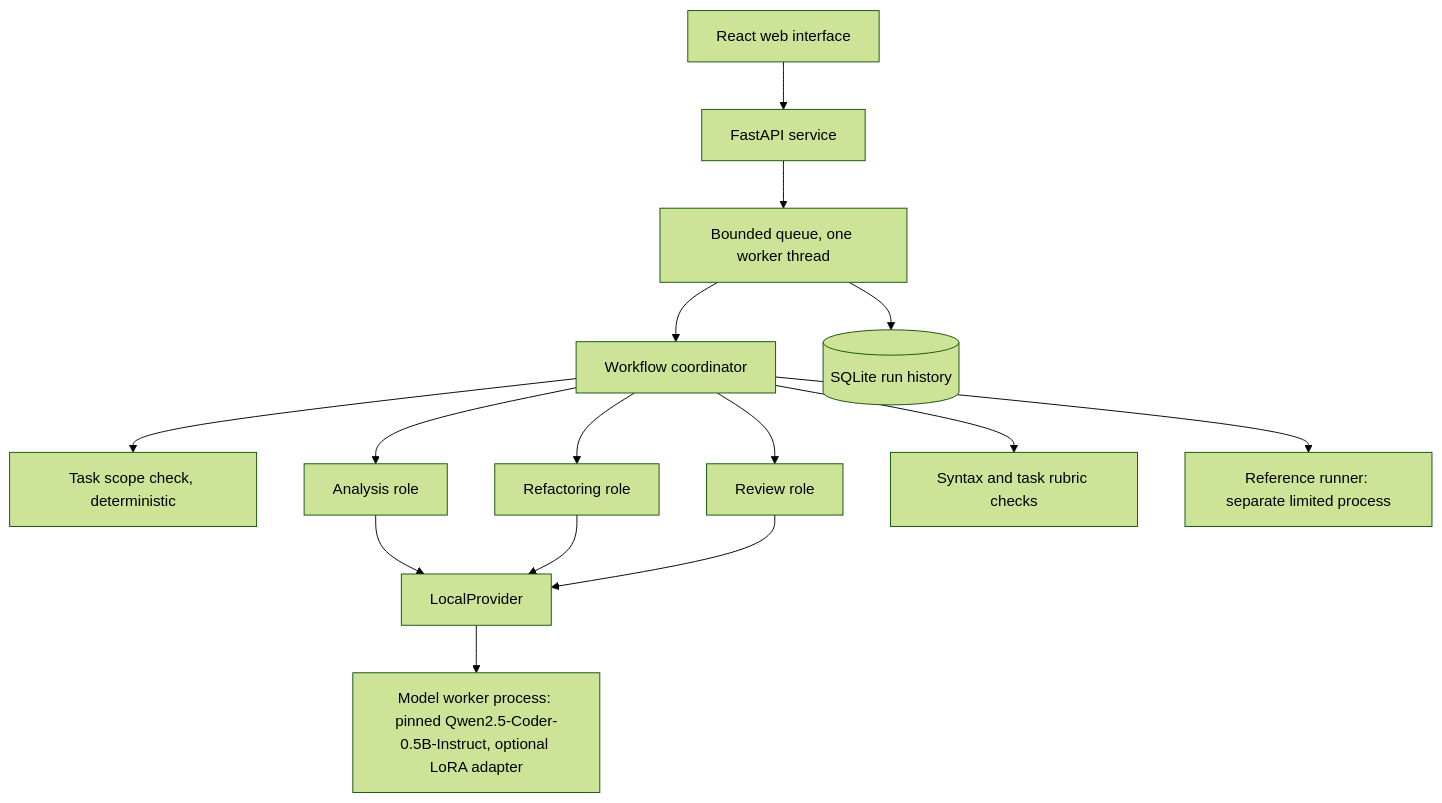
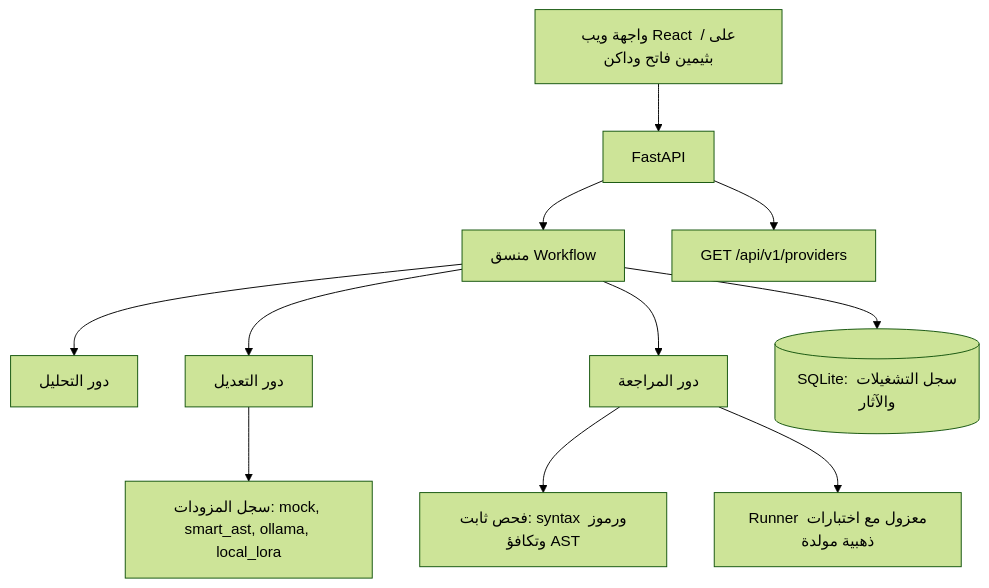
Before and after one commit to abdulrhmanmagdy1/grad-refactor-ai: the second of 2 diagrams in docs/architecture/system-design.md, drawn with Mermaid (forest theme). The commit also changed other lines of this file and 1229 other files, not shown here.

````diff
--- a/docs/architecture/system-design.md
+++ b/docs/architecture/system-design.md
@@ -19,17 +24,13 @@
 ```mermaid
 flowchart TD
-    UI[React web interface] --> API[FastAPI service]
-    API --> Q[Bounded queue, one worker thread]
-    Q --> O[Workflow coordinator]
-    Q --> DB[(SQLite run history)]
-    O --> T[Task scope check, deterministic]
-    O --> A[Analysis role]
-    O --> G[Refactoring role]
-    O --> V[Review role]
-    A --> M[LocalProvider]
-    G --> M
-    V --> M
-    M --> K[Model worker process: pinned Qwen2.5-Coder-0.5B-Instruct, optional LoRA adapter]
-    O --> C[Syntax and task rubric checks]
-    O --> X[Reference runner: separate limited process]
+    UI["واجهة ويب React على / بثيمين فاتح وداكن"] --> API[FastAPI]
+    API --> O[منسق Workflow]
+    O --> A[دور التحليل]
+    O --> G[دور التعديل]
+    O --> V[دور المراجعة]
+    G --> M["سجل المزودات: mock, smart_ast, ollama, local_lora"]
+    V --> C[فحص ثابت: syntax ورموز وتكافؤ AST]
+    V --> X[Runner معزول مع اختبارات ذهبية مولدة]
+    O --> DB[(SQLite: سجل التشغيلات والآثار)]
+    API --> P[GET /api/v1/providers]
 ```
````
